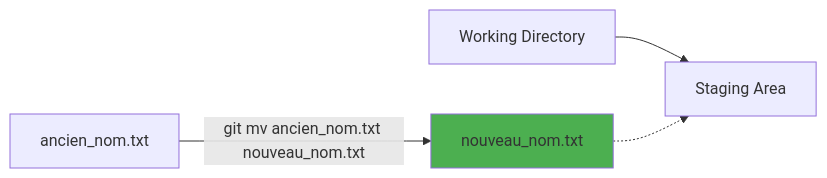
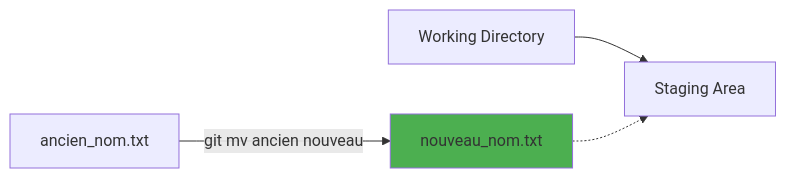
Diagram 20 of 50 in plus-de-git.md (formationrossignol/tp-cicd), drawn with Mermaid before and after one commit. The commit also changed other lines of this file, not shown here.

````diff
--- a/plus-de-git.md
+++ b/plus-de-git.md
@@ -210,7 +230,7 @@
 ```mermaid
 flowchart LR
-    A[ancien_nom.txt] -->|git mv ancien_nom.txt nouveau_nom.txt| B[nouveau_nom.txt]
+    A[ancien_nom.txt] -->|git mv ancien nouveau| B[nouveau_nom.txt]
     C[Working Directory] --> D[Staging Area]
     B -.-> D
     style B fill:#4caf50
 ```
````
